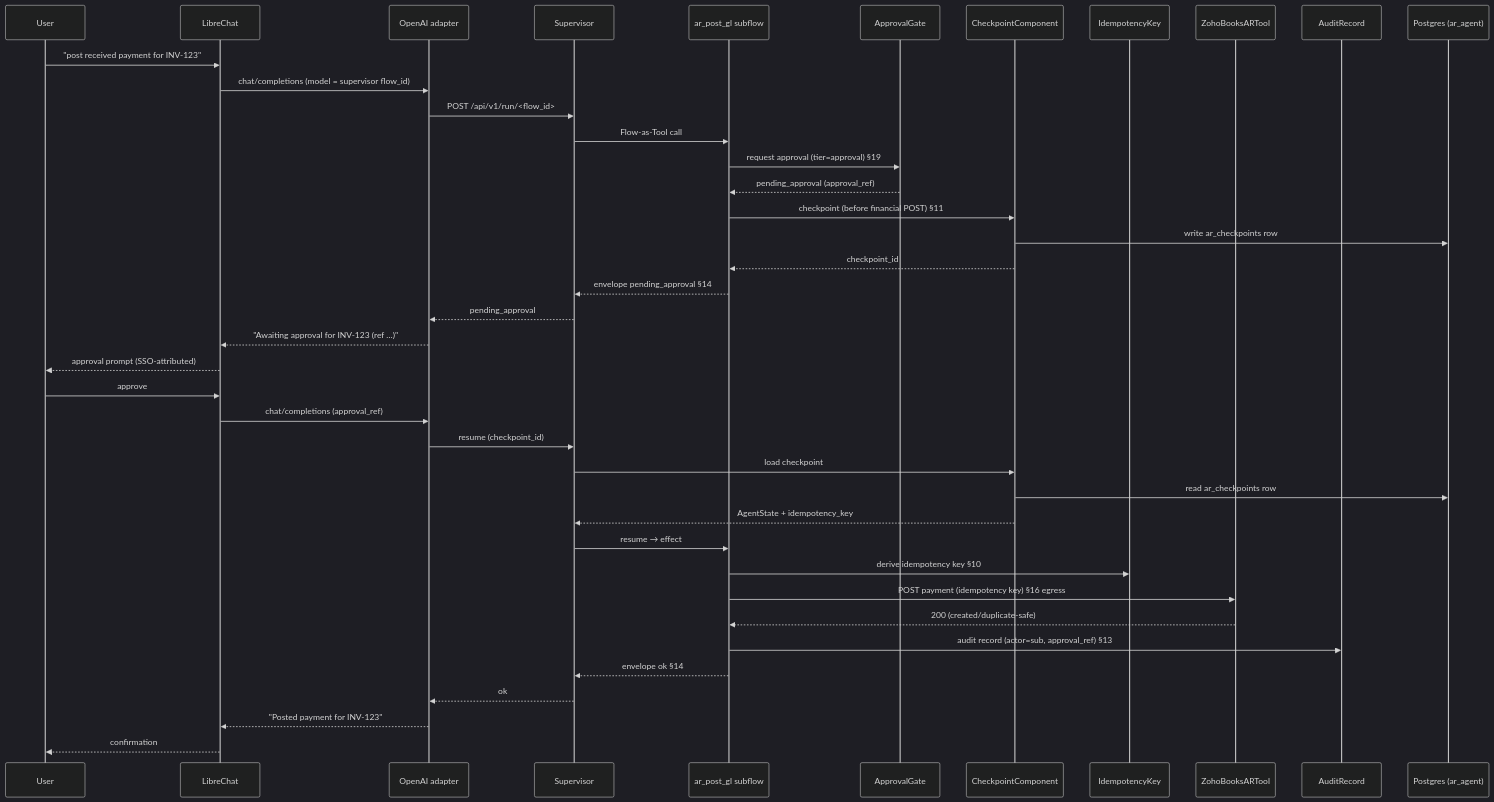
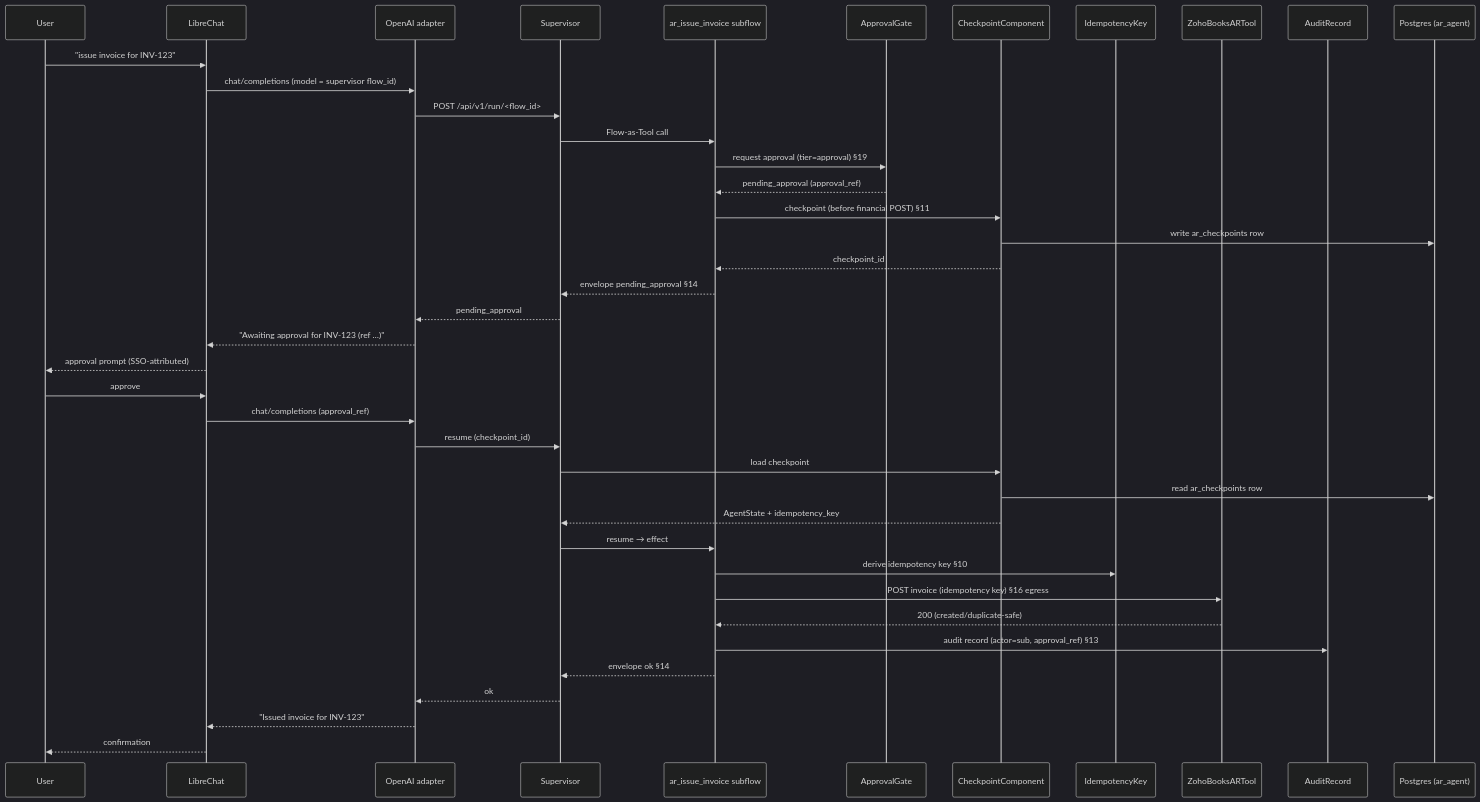
Before and after one commit to ugenkudupudiqbnox/ai-platform: the fourth of 10 diagrams in docs/cosmic-ar-architecture.md, drawn with Mermaid (dark theme). The commit also changed other lines of this file and 55 other files, not shown here.

````diff
--- a/docs/cosmic-ar-architecture.md
+++ b/docs/cosmic-ar-architecture.md
@@ -351,43 +337,43 @@
 ```mermaid
 sequenceDiagram
   participant U as User
   participant LC as LibreChat
   participant ADP as OpenAI adapter
   participant SUP as Supervisor
-  participant SF as ar_post_gl subflow
+  participant SF as ar_issue_invoice subflow
   participant AGR as ApprovalGate
   participant CHK as CheckpointComponent
   participant IDEM as IdempotencyKey
   participant ZB as ZohoBooksARTool
   participant AUD as AuditRecord
   participant PG as Postgres (ar_agent)
 
-  U->>LC: "post received payment for INV-123"
+  U->>LC: "issue invoice for INV-123"
   LC->>ADP: chat/completions (model = supervisor flow_id)
   ADP->>SUP: POST /api/v1/run/<flow_id>
   SUP->>SF: Flow-as-Tool call
   SF->>AGR: request approval (tier=approval) §19
   AGR-->>SF: pending_approval (approval_ref)
   SF->>CHK: checkpoint (before financial POST) §11
   CHK->>PG: write ar_checkpoints row
   CHK-->>SF: checkpoint_id
   SF-->>SUP: envelope pending_approval §14
   SUP-->>ADP: pending_approval
   ADP-->>LC: "Awaiting approval for INV-123 (ref …)"
   LC-->>U: approval prompt (SSO-attributed)
   U->>LC: approve
   LC->>ADP: chat/completions (approval_ref)
   ADP->>SUP: resume (checkpoint_id)
   SUP->>CHK: load checkpoint
   CHK->>PG: read ar_checkpoints row
   CHK-->>SUP: AgentState + idempotency_key
   SUP->>SF: resume → effect
   SF->>IDEM: derive idempotency key §10
-  SF->>ZB: POST payment (idempotency key) §16 egress
+  SF->>ZB: POST invoice (idempotency key) §16 egress
   ZB-->>SF: 200 (created/duplicate-safe)
   SF->>AUD: audit record (actor=sub, approval_ref) §13
   SF-->>SUP: envelope ok §14
   SUP-->>ADP: ok
-  ADP-->>LC: "Posted payment for INV-123"
+  ADP-->>LC: "Issued invoice for INV-123"
   LC-->>U: confirmation
 ```
````
